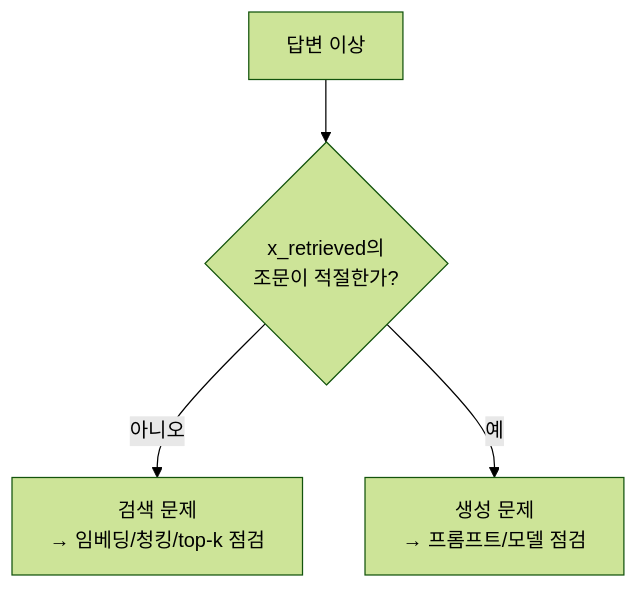
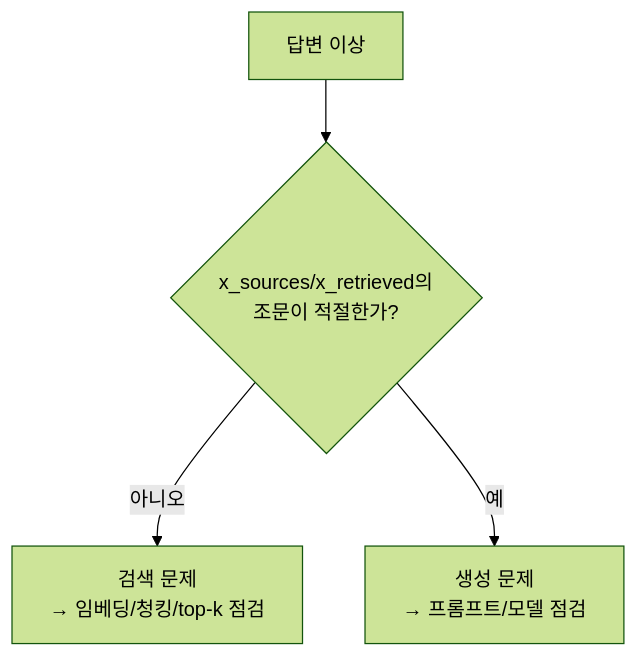
The third of 3 diagrams in docs/05-rag-design.md (mooner92/KEIAdminSuperv), drawn with Mermaid (forest theme) before and after one commit. The commit also changed other lines of this file and 4 other files, not shown here.

````diff
--- a/docs/05-rag-design.md
+++ b/docs/05-rag-design.md
@@ -343,6 +345,6 @@
 ```mermaid
 flowchart TD
-  BAD["답변 이상"] --> CHK{"x_retrieved의<br/>조문이 적절한가?"}
+  BAD["답변 이상"] --> CHK{"x_sources/x_retrieved의<br/>조문이 적절한가?"}
   CHK -->|아니오| R["검색 문제<br/>→ 임베딩/청킹/top-k 점검"]
   CHK -->|예| G["생성 문제<br/>→ 프롬프트/모델 점검"]
 ```
````
